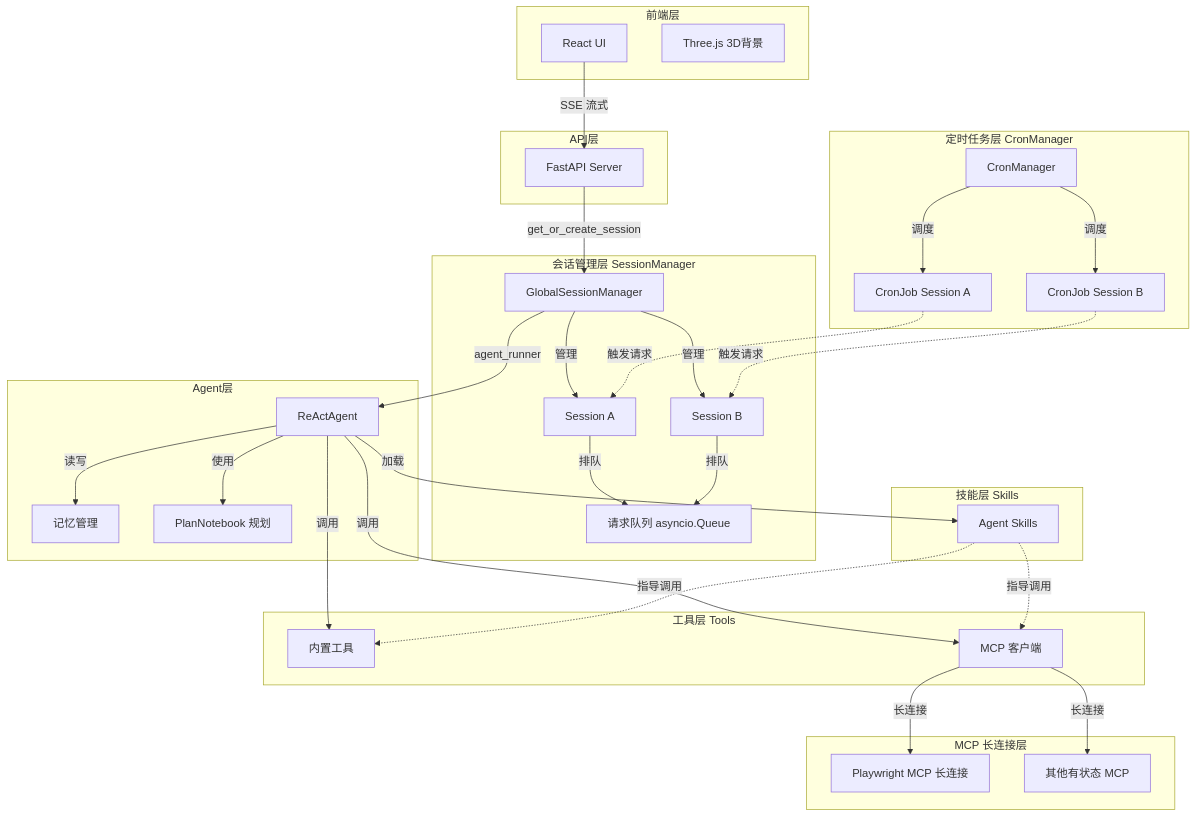
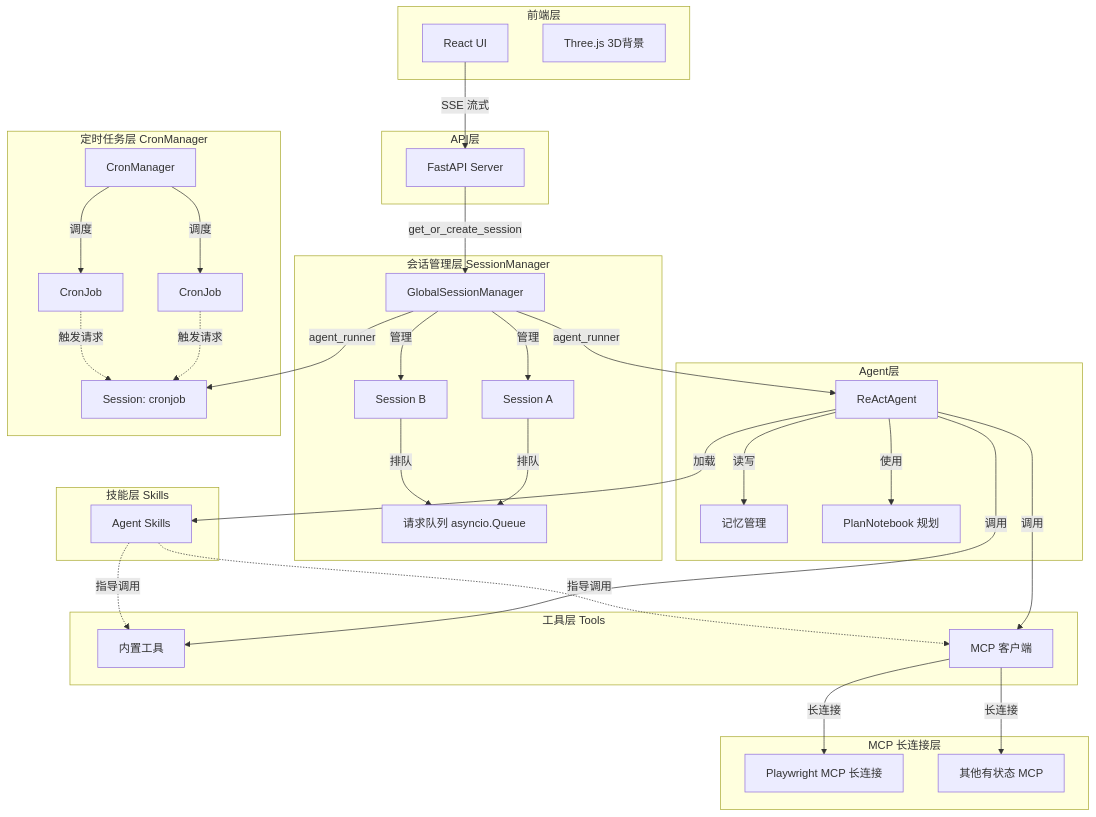
Before and after one commit to owenliang/openclaw: the diagram in README.md, drawn with Mermaid. The commit also changed other lines of this file and 2 other files, not shown here.

Commit message:
调整cron

````diff
--- a/README.md
+++ b/README.md
@@ -32,65 +32,67 @@
 ```mermaid
 graph TB
     subgraph "前端层"
         UI[React UI]
         ThreeJS[Three.js 3D背景]
     end
 
     subgraph "API层"
         FastAPI[FastAPI Server]
     end
 
     subgraph "会话管理层 SessionManager"
         SessionMgr[GlobalSessionManager]
         ReqQueue[请求队列 asyncio.Queue]
         Session1[Session A]
         Session2[Session B]
         SessionMgr -->|管理| Session1
         SessionMgr -->|管理| Session2
         Session1 -->|排队| ReqQueue
         Session2 -->|排队| ReqQueue
     end
 
     subgraph "Agent层"
         ReAct[ReActAgent]
         Memory[记忆管理]
         Plan[PlanNotebook 规划]
     end
 
     subgraph "技能层 Skills"
         Skills[Agent Skills]
     end
 
     subgraph "工具层 Tools"
         BuiltIn[内置工具]
         MCP[MCP 客户端]
     end
 
     subgraph "MCP 长连接层"
         MCPState1[Playwright MCP 长连接]
         MCPState2[其他有状态 MCP]
     end
 
     subgraph "定时任务层 CronManager"
         CronMgr[CronManager]
-        CronJob1[CronJob Session A]
-        CronJob2[CronJob Session B]
+        CronJob1[CronJob]
+        CronJob2[CronJob]
+        CronSession[Session: cronjob]
         CronMgr -->|调度| CronJob1
         CronMgr -->|调度| CronJob2
-        CronJob1 -.->|触发请求| Session1
-        CronJob2 -.->|触发请求| Session2
+        CronJob1 -.->|触发请求| CronSession
+        CronJob2 -.->|触发请求| CronSession
     end
 
     UI -->|SSE 流式| FastAPI
     FastAPI -->|get_or_create_session| SessionMgr
     SessionMgr -->|agent_runner| ReAct
+    SessionMgr -->|agent_runner| CronSession
     ReAct -->|加载| Skills
     ReAct -->|调用| BuiltIn
     ReAct -->|调用| MCP
     Skills -.->|指导调用| BuiltIn
     Skills -.->|指导调用| MCP
     ReAct -->|读写| Memory
     ReAct -->|使用| Plan
     MCP -->|长连接| MCPState1
     MCP -->|长连接| MCPState2
 ```
````
